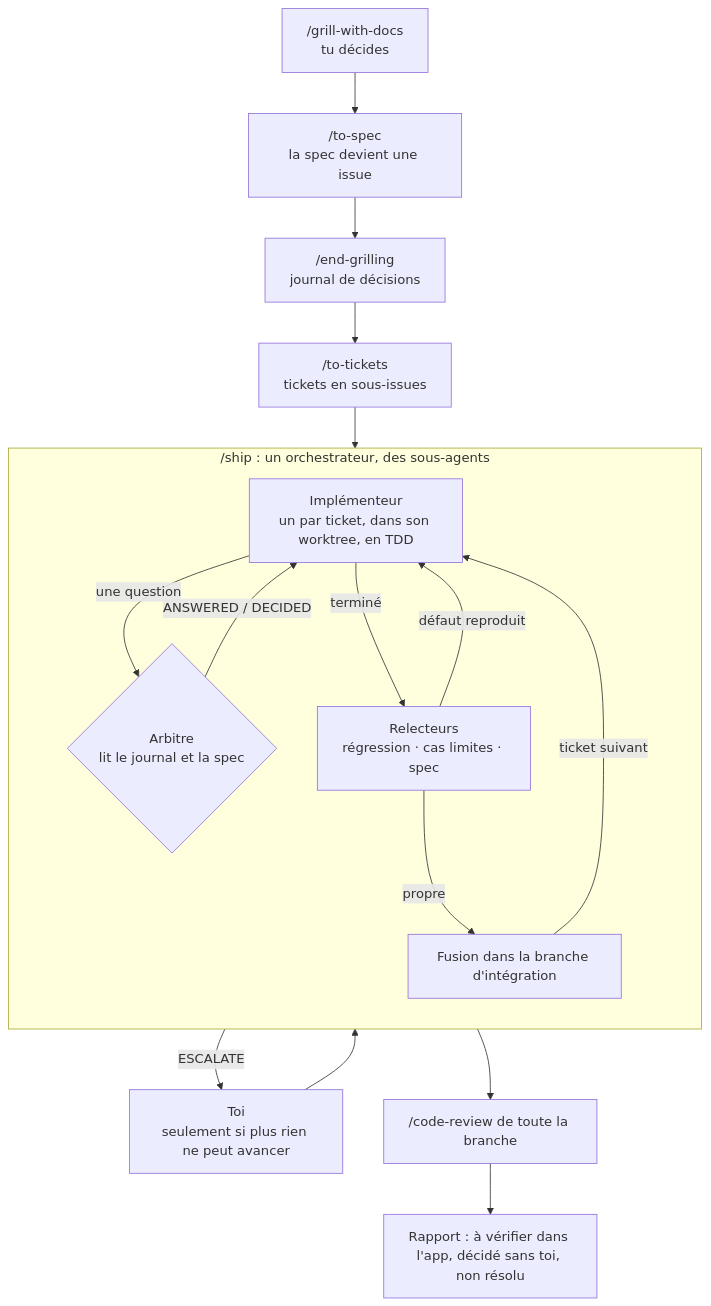
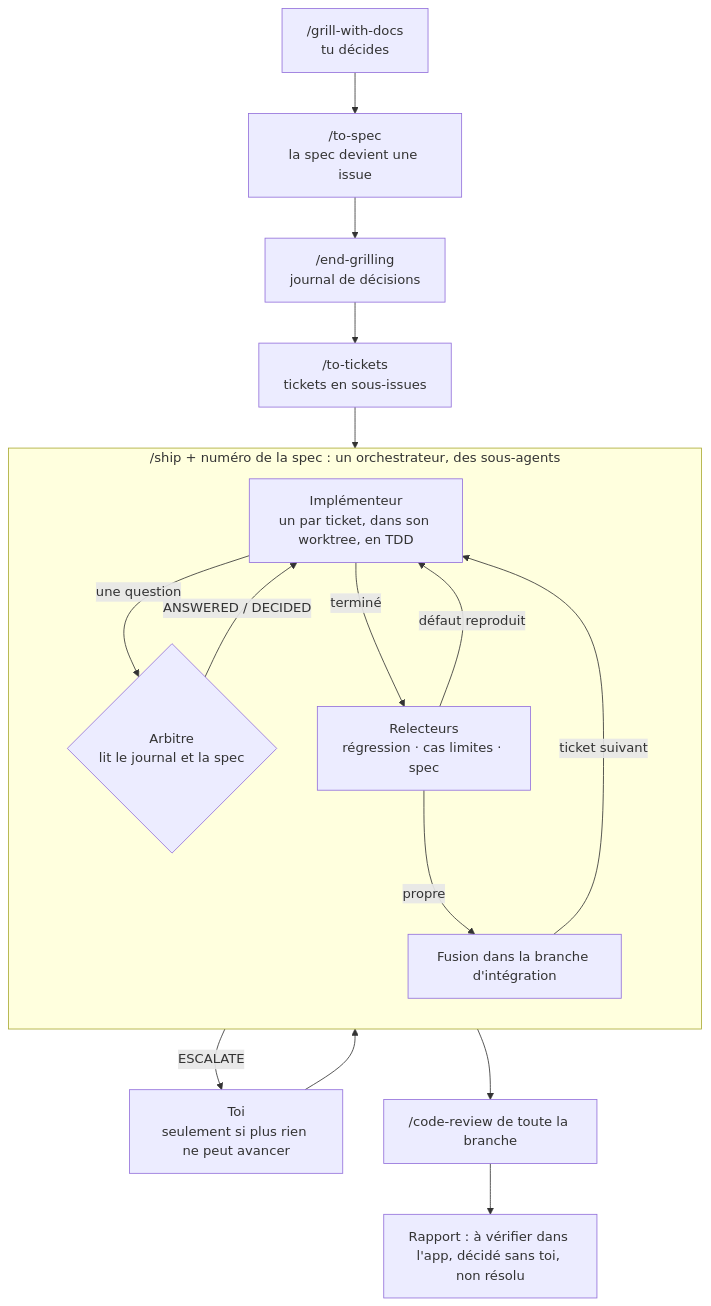
One commit to Schrubitteflau/skills changed the diagram in README.md. Above: the diagram before and after it, drawn with Mermaid. The commit also changed other lines of this file and 2 other files, not shown here.

First line of the commit message:
ship : la livraison se nomme d'après l'issue de la spec

````diff
--- a/README.md
+++ b/README.md
@@ -19,26 +19,26 @@
 ```mermaid
 flowchart TD
     G["/grill-with-docs<br/>tu décides"] --> S["/to-spec<br/>la spec devient une issue"]
     S --> E["/end-grilling<br/>journal de décisions"]
     E --> T["/to-tickets<br/>tickets en sous-issues"]
     T --> SHIP
 
-    subgraph SHIP["/ship : un orchestrateur, des sous-agents"]
+    subgraph SHIP["/ship + numéro de la spec : un orchestrateur, des sous-agents"]
         direction TB
         I["Implémenteur<br/>un par ticket, dans son worktree, en TDD"]
         A{"Arbitre<br/>lit le journal et la spec"}
         R["Relecteurs<br/>régression · cas limites · spec"]
         M["Fusion dans la branche d'intégration"]
         I -- "une question" --> A
         A -- "ANSWERED / DECIDED" --> I
         I -- "terminé" --> R
         R -- "défaut reproduit" --> I
         R -- "propre" --> M
         M -- "ticket suivant" --> I
     end
 
     A -- "ESCALATE" --> H["Toi<br/>seulement si plus rien ne peut avancer"]
     H --> A
     SHIP --> RV["/code-review de toute la branche"]
     RV --> RP["Rapport : à vérifier dans l'app, décidé sans toi, non résolu"]
 ```
````
